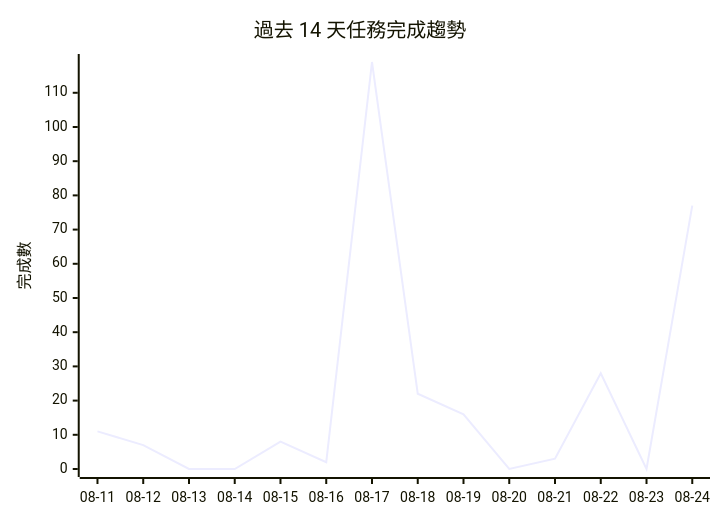
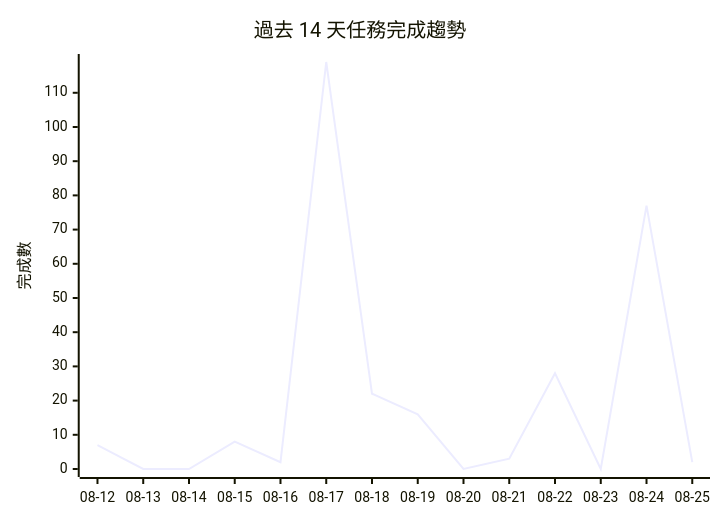
One commit to gentoobreaking/ai-tasks changed the diagram in PROJECTS.md. Above: the diagram before and after it, drawn with Mermaid. The commit also changed other lines of this file and 74 other files, not shown here.

````diff
--- a/PROJECTS.md
+++ b/PROJECTS.md
@@ -116,7 +119,7 @@
 ```mermaid
 xychart-beta
     title "過去 14 天任務完成趨勢"
-    x-axis ["08-11", "08-12", "08-13", "08-14", "08-15", "08-16", "08-17", "08-18", "08-19", "08-20", "08-21", "08-22", "08-23", "08-24"]
+    x-axis ["08-12", "08-13", "08-14", "08-15", "08-16", "08-17", "08-18", "08-19", "08-20", "08-21", "08-22", "08-23", "08-24", "08-25"]
     y-axis "完成數" 0 --> 119
-    line [11, 7, 0, 0, 8, 2, 119, 22, 16, 0, 3, 28, 0, 77]
+    line [7, 0, 0, 8, 2, 119, 22, 16, 0, 3, 28, 0, 77, 2]
 ```
````
